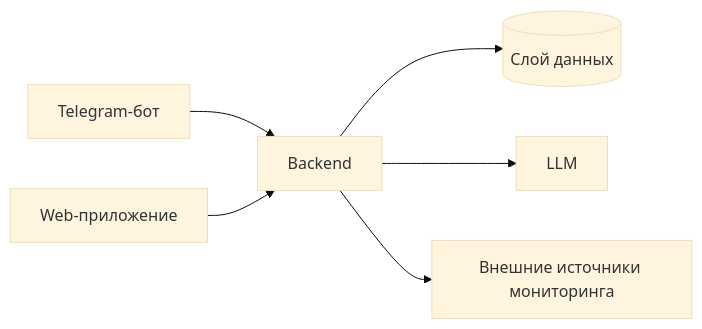
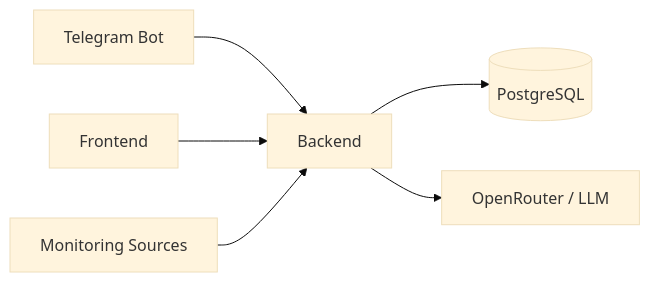
The diagram in README.md (VladislavMilovanov/tg-maintenance-bot), drawn with Mermaid (base theme) before and after one commit. The commit also changed other lines of this file and 18 other files, not shown here.

Commit message:
docs: sync onboarding and architecture guidance

````diff
--- a/README.md
+++ b/README.md
@@ -10,8 +11,8 @@
 ```mermaid
 flowchart LR
-    TG[Telegram-бот] --> BE[Backend]
-    WEB[Web-приложение] --> BE
-    BE --> DB[(Слой данных)]
-    BE --> LLM[LLM]
-    BE --> EXT[Внешние источники мониторинга]
+    TG["Telegram Bot"] --> BE["Backend"]
+    FE["Frontend"] --> BE
+    EXT["Monitoring Sources"] --> BE
+    BE --> DB[("PostgreSQL")]
+    BE --> LLM["OpenRouter / LLM"]
 ```
````
